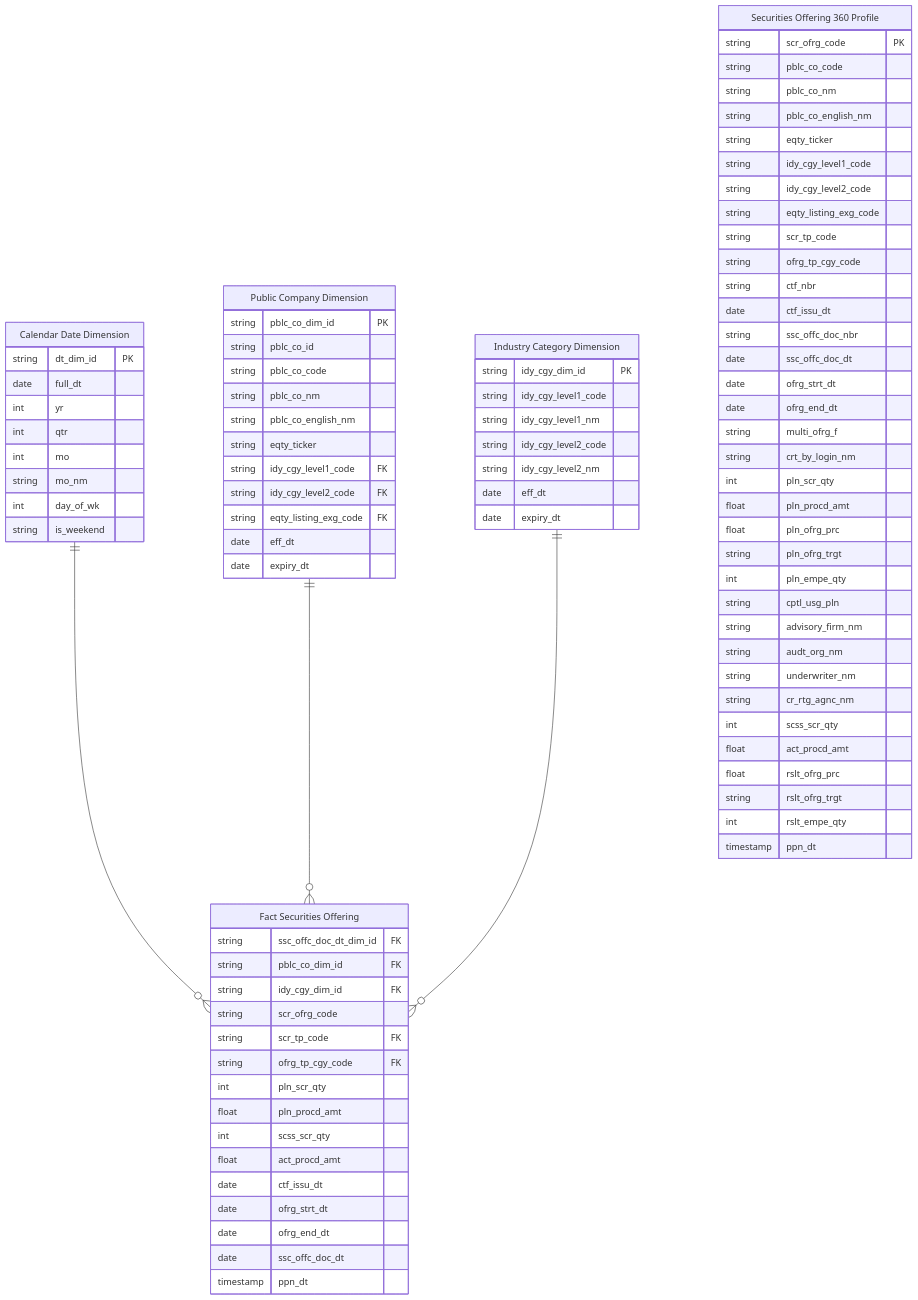
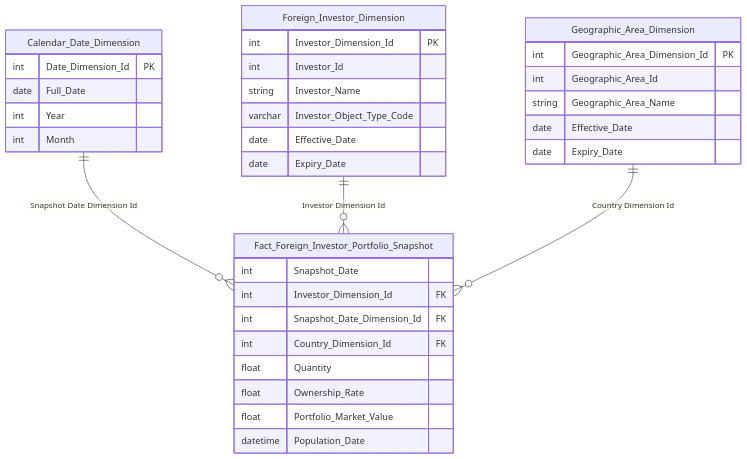
Diagram 13 of 32 in Gold/hld/test.md (linhlvit/ubck_atomic_design), drawn with Mermaid before and after one commit. The commit also changed other lines of this file and 1 other file, not shown here.

````diff
--- a/Gold/hld/test.md
+++ b/Gold/hld/test.md
@@ -200,91 +719,38 @@
 ```mermaid
 erDiagram
-    CALENDAR_DATE_DIMENSION["Calendar Date Dimension"] {
-        string dt_dim_id PK
-        date full_dt
-        int yr
-        int qtr
-        int mo
-        string mo_nm
-        int day_of_wk
-        string is_weekend
+    Calendar_Date_Dimension {
+        int Date_Dimension_Id PK
+        date Full_Date
+        int Year
+        int Month
     }
-    PUBLIC_COMPANY_DIMENSION["Public Company Dimension"] {
-        string pblc_co_dim_id PK
-        string pblc_co_id
-        string pblc_co_code
-        string pblc_co_nm
-        string pblc_co_english_nm
-        string eqty_ticker
-        string idy_cgy_level1_code FK
-        string idy_cgy_level2_code FK
-        string eqty_listing_exg_code FK
-        date eff_dt
-        date expiry_dt
+    Foreign_Investor_Dimension {
+        int Investor_Dimension_Id PK
+        int Investor_Id
+        string Investor_Name
+        varchar Investor_Object_Type_Code
+        date Effective_Date
+        date Expiry_Date
     }
-    INDUSTRY_CATEGORY_DIMENSION["Industry Category Dimension"] {
-        string idy_cgy_dim_id PK
-        string idy_cgy_level1_code
-        string idy_cgy_level1_nm
-        string idy_cgy_level2_code
-        string idy_cgy_level2_nm
-        date eff_dt
-        date expiry_dt
+    Geographic_Area_Dimension {
+        int Geographic_Area_Dimension_Id PK
+        int Geographic_Area_Id
+        string Geographic_Area_Name
+        date Effective_Date
+        date Expiry_Date
     }
-    FACT_SECURITIES_OFFERING["Fact Securities Offering"] {
-        string ssc_offc_doc_dt_dim_id FK
-        string pblc_co_dim_id FK
-        string idy_cgy_dim_id FK
-        string scr_ofrg_code
-        string scr_tp_code FK
-        string ofrg_tp_cgy_code FK
-        int pln_scr_qty
-        float pln_procd_amt
-        int scss_scr_qty
-        float act_procd_amt
-        date ctf_issu_dt
-        date ofrg_strt_dt
-        date ofrg_end_dt
-        date ssc_offc_doc_dt
-        timestamp ppn_dt
+    Fact_Foreign_Investor_Portfolio_Snapshot {
+        int Snapshot_Date
+        int Investor_Dimension_Id FK
+        int Snapshot_Date_Dimension_Id FK
+        int Country_Dimension_Id FK
+        float Quantity
+        float Ownership_Rate
+        float Portfolio_Market_Value
+        datetime Population_Date
     }
-    SECURITIES_OFFERING_360_PROFILE["Securities Offering 360 Profile"] {
-        string scr_ofrg_code PK
-        string pblc_co_code
-        string pblc_co_nm
-        string pblc_co_english_nm
-        string eqty_ticker
-        string idy_cgy_level1_code
-        string idy_cgy_level2_code
-        string eqty_listing_exg_code
-        string scr_tp_code
-        string ofrg_tp_cgy_code
-        string ctf_nbr
-        date ctf_issu_dt
-        string ssc_offc_doc_nbr
-        date ssc_offc_doc_dt
-        date ofrg_strt_dt
-        date ofrg_end_dt
-        string multi_ofrg_f
-        string crt_by_login_nm
-        int pln_scr_qty
-        float pln_procd_amt
-        float pln_ofrg_prc
-        string pln_ofrg_trgt
-        int pln_empe_qty
-        string cptl_usg_pln
-        string advisory_firm_nm
-        string audt_org_nm
-        string underwriter_nm
-        string cr_rtg_agnc_nm
-        int scss_scr_qty
-        float act_procd_amt
-        float rslt_ofrg_prc
-        string rslt_ofrg_trgt
-        int rslt_empe_qty
-        timestamp ppn_dt
-    }
-    CALENDAR_DATE_DIMENSION ||--o{ FACT_SECURITIES_OFFERING : " "
-    PUBLIC_COMPANY_DIMENSION ||--o{ FACT_SECURITIES_OFFERING : " "
-    INDUSTRY_CATEGORY_DIMENSION ||--o{ FACT_SECURITIES_OFFERING : " "
+
+    Calendar_Date_Dimension ||--o{ Fact_Foreign_Investor_Portfolio_Snapshot : "Snapshot Date Dimension Id"
+    Foreign_Investor_Dimension ||--o{ Fact_Foreign_Investor_Portfolio_Snapshot : "Investor Dimension Id"
+    Geographic_Area_Dimension ||--o{ Fact_Foreign_Investor_Portfolio_Snapshot : "Country Dimension Id"
 ```
````
